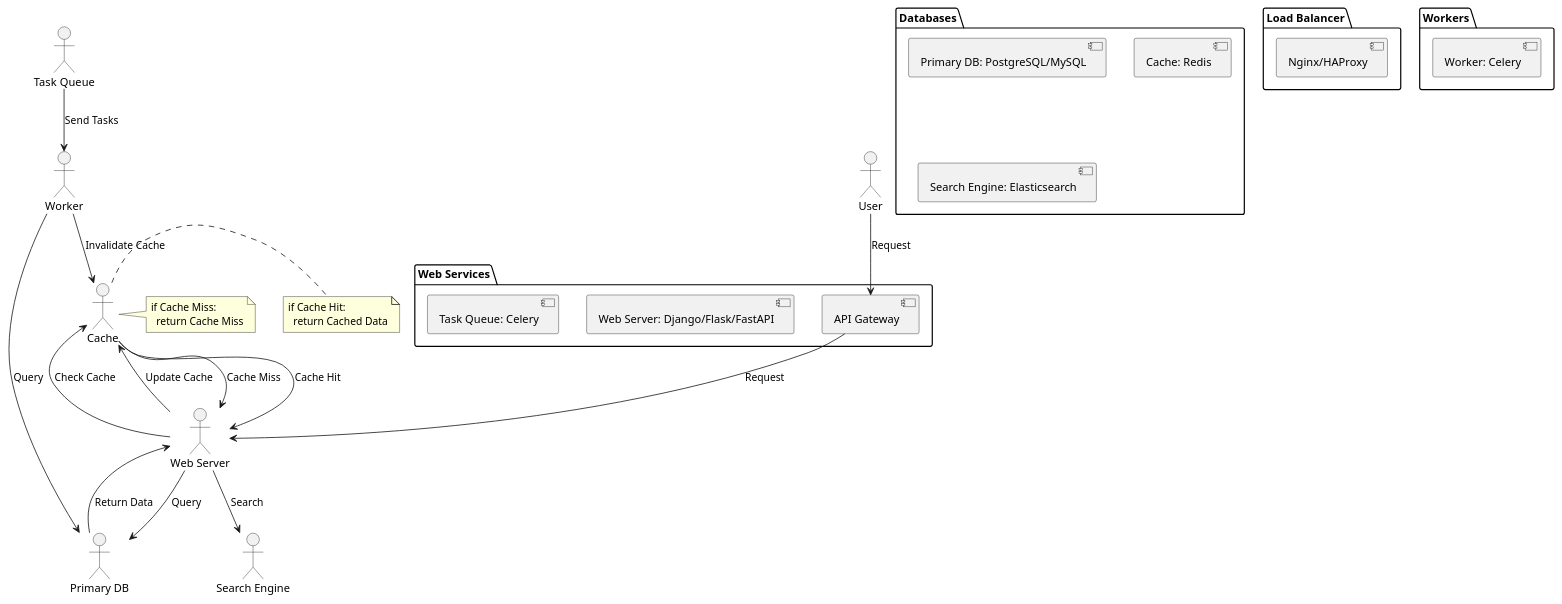
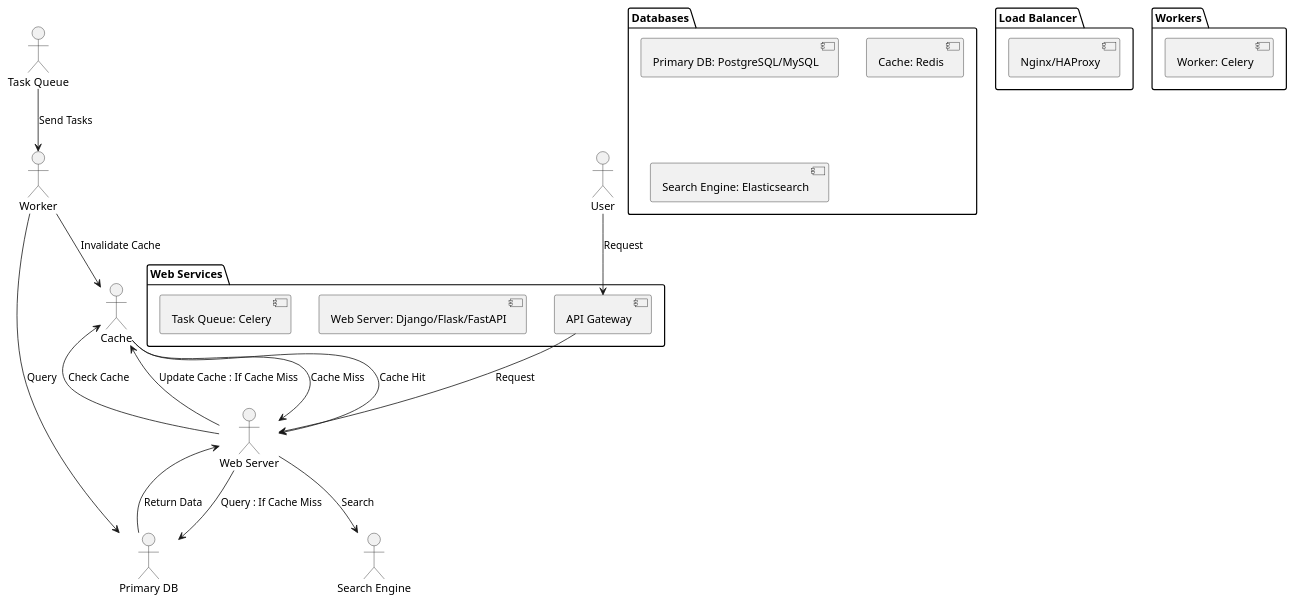
Before and after one commit to huangyingw/system_design: the diagram in high_traffic_calendar/high_traffic_calendar_backend_architecture.puml, drawn with PlantUML.

```diff
--- a/high_traffic_calendar/high_traffic_calendar_backend_architecture.puml
+++ b/high_traffic_calendar/high_traffic_calendar_backend_architecture.puml
@@ -1,46 +1,40 @@
 @startuml
 
 package "Web Services" {
   [API Gateway]
   [Web Server: Django/Flask/FastAPI]
   [Task Queue: Celery]
 }
 
 package "Databases" {
   [Primary DB: PostgreSQL/MySQL]
   [Cache: Redis]
   [Search Engine: Elasticsearch]
 }
 
 package "Load Balancer" {
   [Nginx/HAProxy]
 }
 
 package "Workers" {
   [Worker: Celery]
 }
 
 actor User
 
 User --> "API Gateway": Request
 "API Gateway" --> "Web Server": Request
 "Web Server" --> "Cache": Check Cache
-note right of "Cache"
-  if Cache Miss:
-    return Cache Miss
-end note
-"Cache" --> "Web Server": Cache Miss
-"Web Server" --> "Primary DB": Query
+"Cache" --> "Web Server": Cache Hit 
+"Cache" -> "Web Server": Cache Miss 
+
+"Web Server" --> "Primary DB": Query : If Cache Miss
 "Primary DB" --> "Web Server": Return Data
-"Web Server" --> "Cache": Update Cache
-note right of "Cache"
-  if Cache Hit:
-    return Cached Data
-end note
-"Cache" --> "Web Server": Cache Hit
+"Web Server" --> "Cache": Update Cache : If Cache Miss
+
 "Web Server" --> "Search Engine": Search
 "Task Queue" --> "Worker": Send Tasks
 "Worker" --> "Primary DB": Query
 "Worker" --> "Cache": Invalidate Cache
 
 @enduml
```
